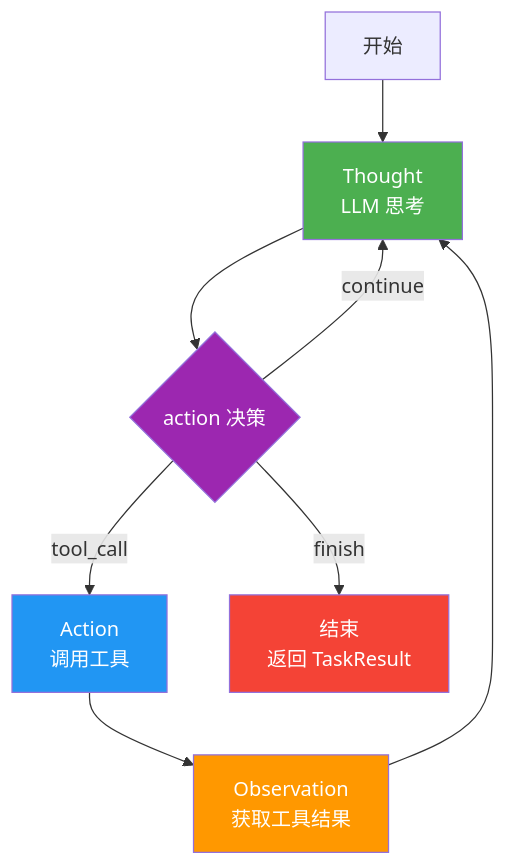
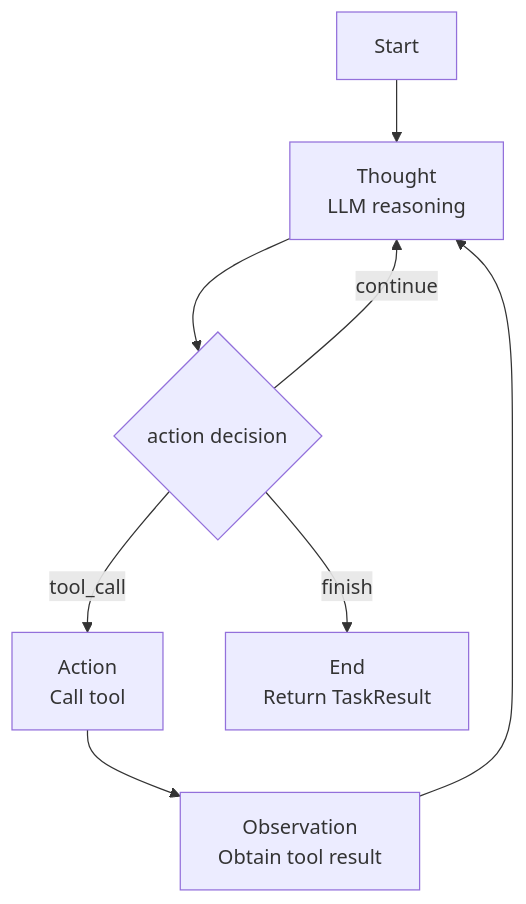
Before and after one commit to skaiy/wild_agentos: the fifth of 6 diagrams in docs/01-agent-management.md, drawn with Mermaid. The commit also changed other lines of this file and 23 other files, not shown here.

````diff
--- a/docs/01-agent-management.md
+++ b/docs/01-agent-management.md
@@ -273,16 +245,10 @@
 ```mermaid
 flowchart TB
-    START[开始] --> THINK[Thought<br/>LLM 思考]
-    THINK --> DECIDE{action 决策}
-    DECIDE -->|tool_call| ACTION[Action<br/>调用工具]
-    DECIDE -->|finish| END[结束<br/>返回 TaskResult]
+    START[Start] --> THINK["Thought<br/>LLM reasoning"]
+    THINK --> DECIDE{action decision}
+    DECIDE -->|tool_call| ACTION["Action<br/>Call tool"]
+    DECIDE -->|finish| END["End<br/>Return TaskResult"]
     DECIDE -->|continue| THINK
-    ACTION --> OBSERVE[Observation<br/>获取工具结果]
+    ACTION --> OBSERVE["Observation<br/>Obtain tool result"]
     OBSERVE --> THINK
-
-    style THINK fill:#4CAF50,color:white
-    style ACTION fill:#2196F3,color:white
-    style OBSERVE fill:#FF9800,color:white
-    style DECIDE fill:#9C27B0,color:white
-    style END fill:#F44336,color:white
 ```
````
